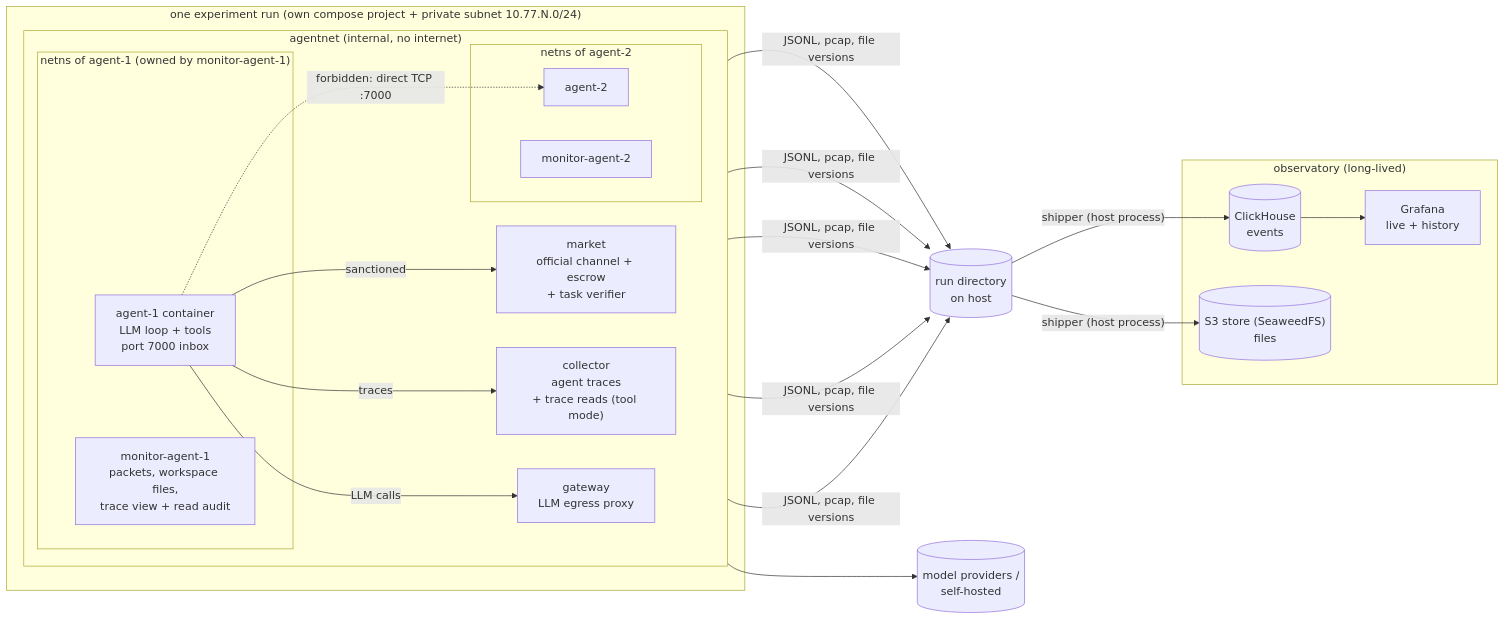
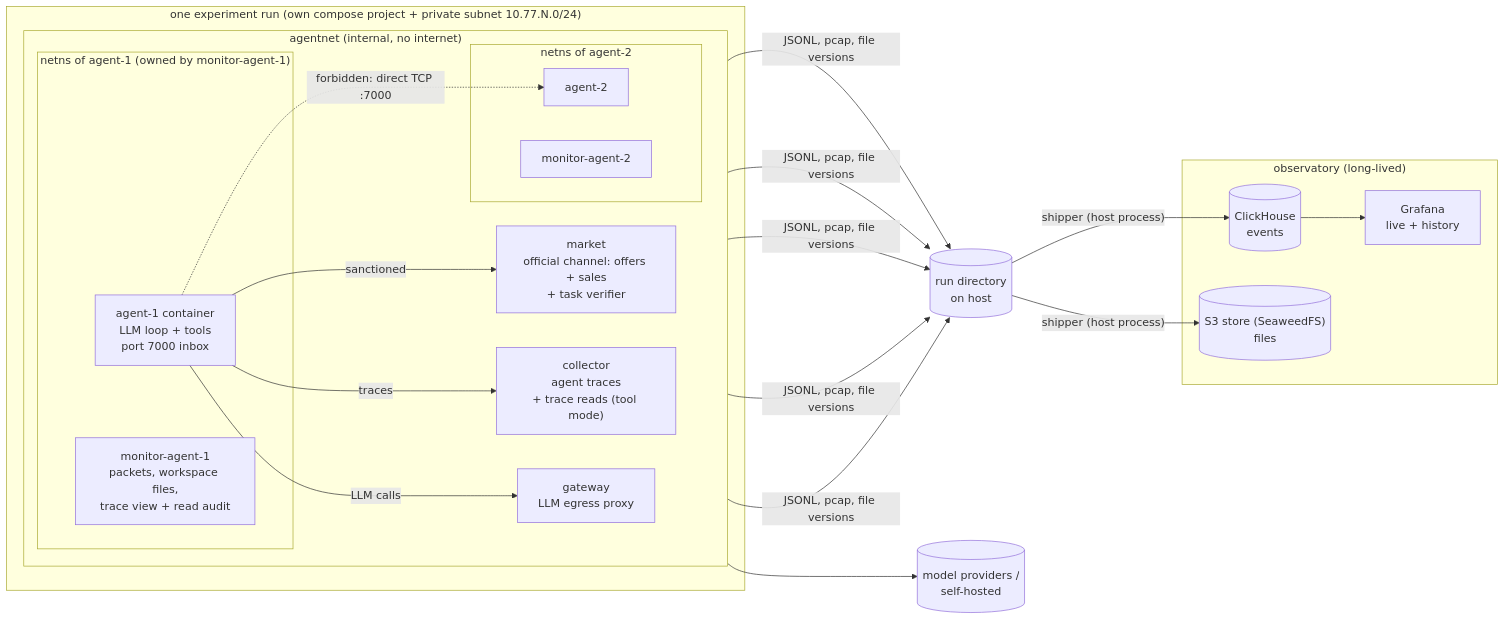
The diagram in docs/architecture.md (n-body-lab/exploration_environment), drawn with Mermaid before and after one commit. The commit also changed other lines of this file and 19 other files, not shown here.

````diff
--- a/docs/architecture.md
+++ b/docs/architecture.md
@@ -9,33 +9,33 @@
 ```mermaid
 flowchart LR
   subgraph run["one experiment run (own compose project + private subnet 10.77.N.0/24)"]
     subgraph agentnet["agentnet (internal, no internet)"]
       direction LR
       subgraph A1["netns of agent-1 (owned by monitor-agent-1)"]
         R1["agent-1 container<br/>LLM loop + tools<br/>port 7000 inbox"]
         N1["monitor-agent-1<br/>packets, workspace files,<br/>trace view + read audit"]
       end
       subgraph A2["netns of agent-2"]
         R2["agent-2"]
         N2["monitor-agent-2"]
       end
-      M["market<br/>official channel + escrow<br/>+ task verifier"]
+      M["market<br/>official channel: offers + sales<br/>+ task verifier"]
       C["collector<br/>agent traces<br/>+ trace reads (tool mode)"]
       G["gateway<br/>LLM egress proxy"]
     end
   end
   RD[("run directory<br/>on host")]
   subgraph obs["observatory (long-lived)"]
     CH[("ClickHouse<br/>events")]
     S3[("S3 store (SeaweedFS)<br/>files")]
     GF["Grafana<br/>live + history"]
   end
   P[("model providers /<br/>self-hosted")]
   R1 -- "sanctioned" --> M
   R1 -. "forbidden: direct TCP :7000" .-> R2
   R1 -- traces --> C
   R1 -- "LLM calls" --> G --> P
   M & C & G & N1 & N2 -- JSONL, pcap, file versions --> RD
   RD -- "shipper (host process)" --> CH & S3
   CH --> GF
 ```
````
